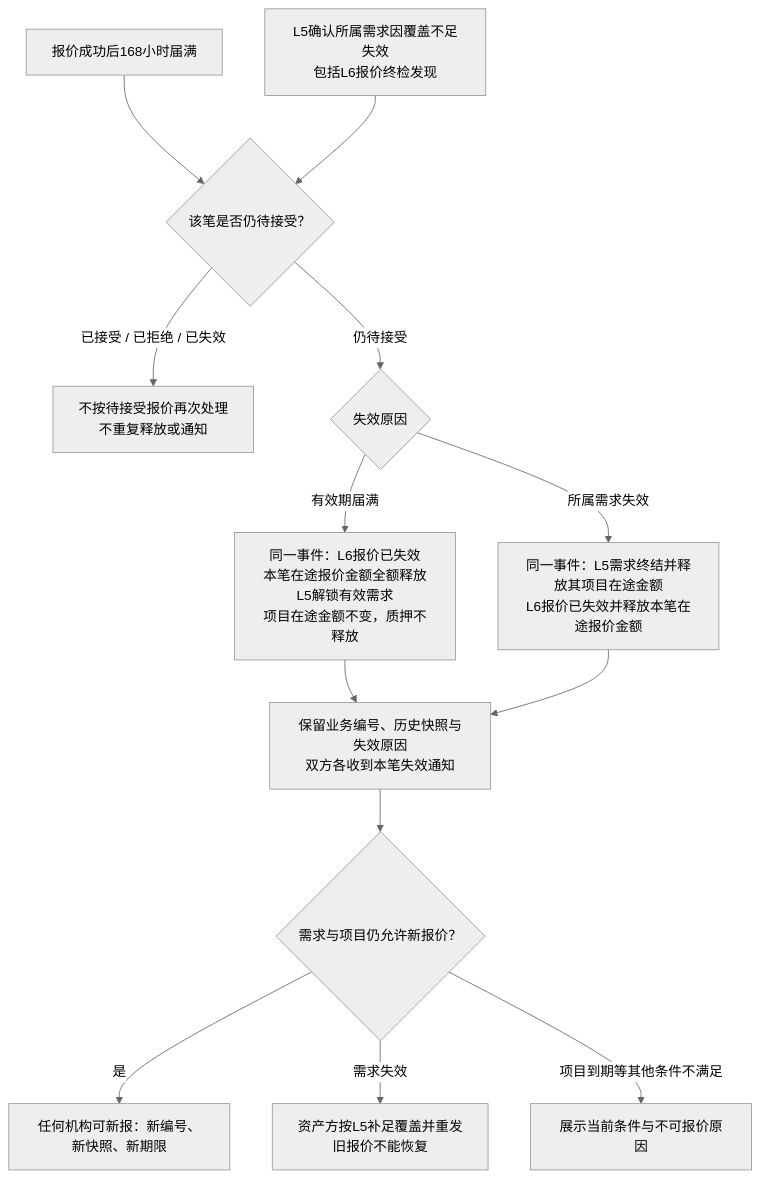
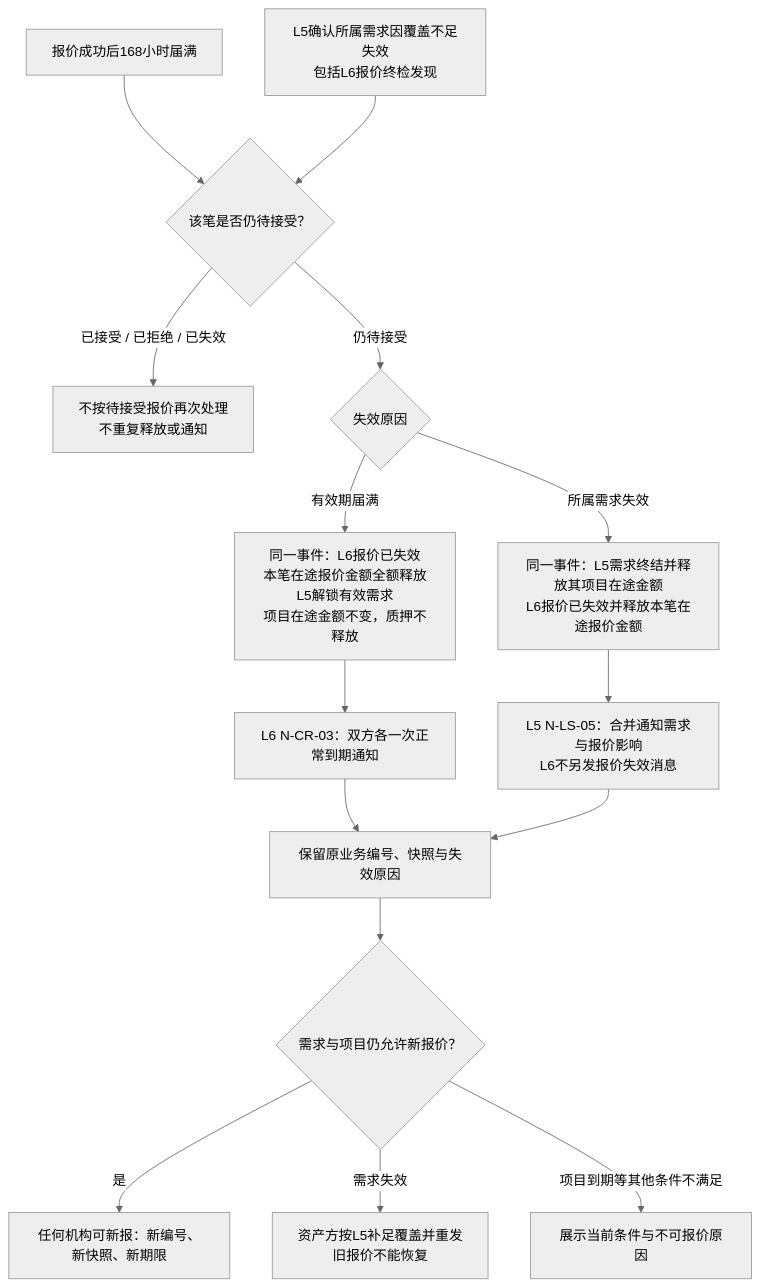
The third of 8 diagrams in lending-platform/PRD/v1.0-借贷广场-授信报价与接受拒绝/v1.0-借贷广场-授信报价与接受拒绝-流程图与状态机.md (wxblockchain/Chain-Financing), drawn with Mermaid (neutral theme) before and after one commit. The commit also changed other lines of this file and 4 other files, not shown here.

````diff
--- a/lending-platform/PRD/v1.0-借贷广场-授信报价与接受拒绝/v1.0-借贷广场-授信报价与接受拒绝-流程图与状态机.md
+++ b/lending-platform/PRD/v1.0-借贷广场-授信报价与接受拒绝/v1.0-借贷广场-授信报价与接受拒绝-流程图与状态机.md
@@ -94,15 +87,17 @@
 ```mermaid
 flowchart TD
   A["报价成功后168小时届满"] --> C{"该笔是否仍待接受？"}
   B["L5确认所属需求因覆盖不足失效<br/>包括L6报价终检发现"] --> C
   C -- "已接受 / 已拒绝 / 已失效" --> N["不按待接受报价再次处理<br/>不重复释放或通知"]
   C -- "仍待接受" --> D{"失效原因"}
   D -- "有效期届满" --> E["同一事件：L6报价已失效<br/>本笔在途报价金额全额释放<br/>L5解锁有效需求<br/>项目在途金额不变，质押不释放"]
   D -- "所属需求失效" --> F["同一事件：L5需求终结并释放其项目在途金额<br/>L6报价已失效并释放本笔在途报价金额"]
-  E --> G["保留业务编号、历史快照与失效原因<br/>双方各收到本笔失效通知"]
-  F --> G
+  E --> E1["L6 N-CR-03：双方各一次正常到期通知"]
+  F --> F1["L5 N-LS-05：合并通知需求与报价影响<br/>L6不另发报价失效消息"]
+  E1 --> G["保留原业务编号、快照与失效原因"]
+  F1 --> G
   G --> H{"需求与项目仍允许新报价？"}
   H -- "是" --> I["任何机构可新报：新编号、新快照、新期限"]
   H -- "需求失效" --> J["资产方按L5补足覆盖并重发<br/>旧报价不能恢复"]
   H -- "项目到期等其他条件不满足" --> K["展示当前条件与不可报价原因"]
 ```
````
